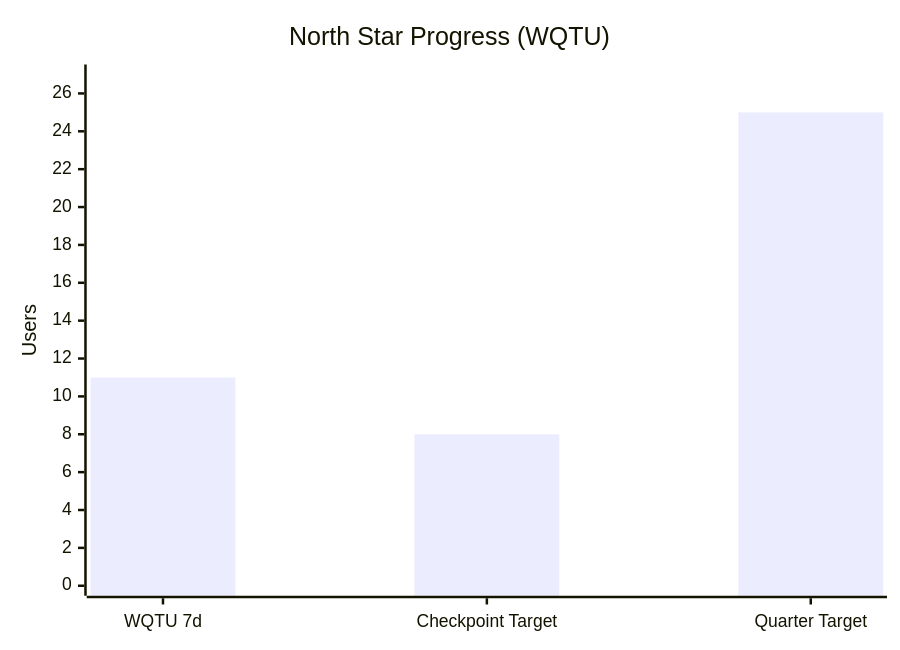
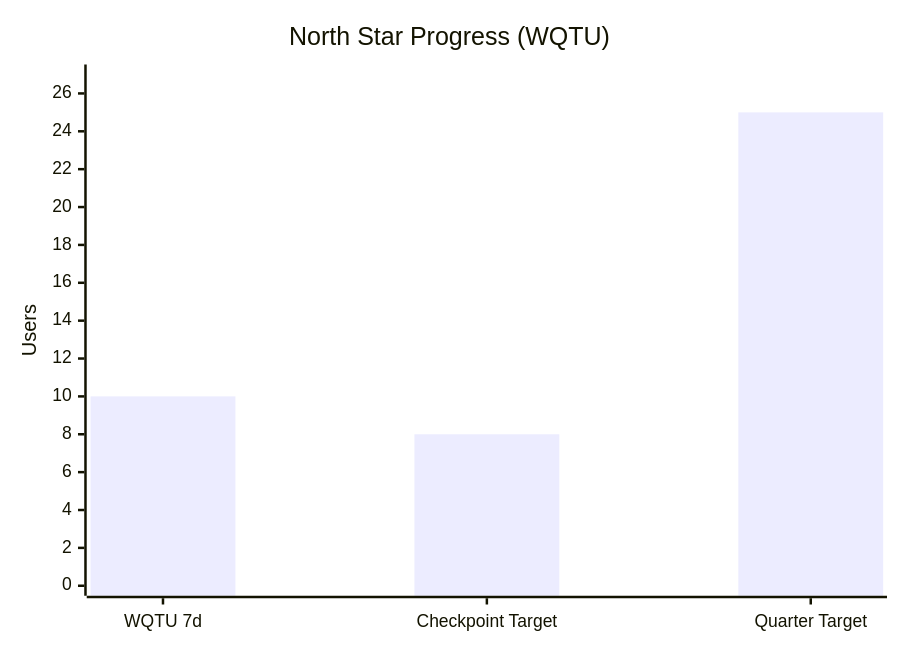
One commit to IgorGanapolsky/Random-Timer changed the second of 4 diagrams in wiki/Paid-Acquisition.md. Above: the diagram before and after it, drawn with Mermaid. The commit also changed other lines of this file and 10 other files, not shown here.

````diff
--- a/wiki/Paid-Acquisition.md
+++ b/wiki/Paid-Acquisition.md
@@ -50,7 +50,7 @@
 ```mermaid
 xychart-beta
     title "North Star Progress (WQTU)"
     x-axis ["WQTU 7d" , "Checkpoint Target" , "Quarter Target"]
     y-axis "Users" 0 --> 27
-    bar [11 , 8 , 25]
+    bar [10 , 8 , 25]
 ```
````
